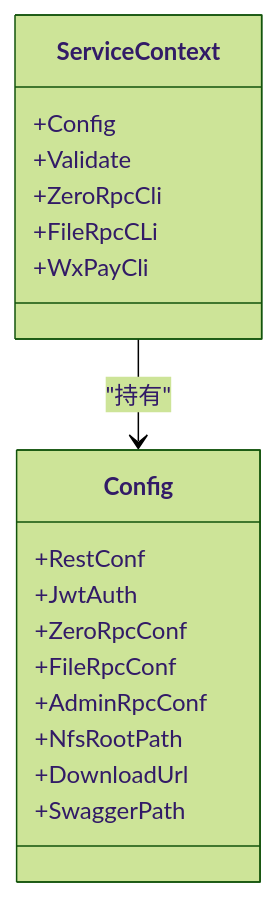
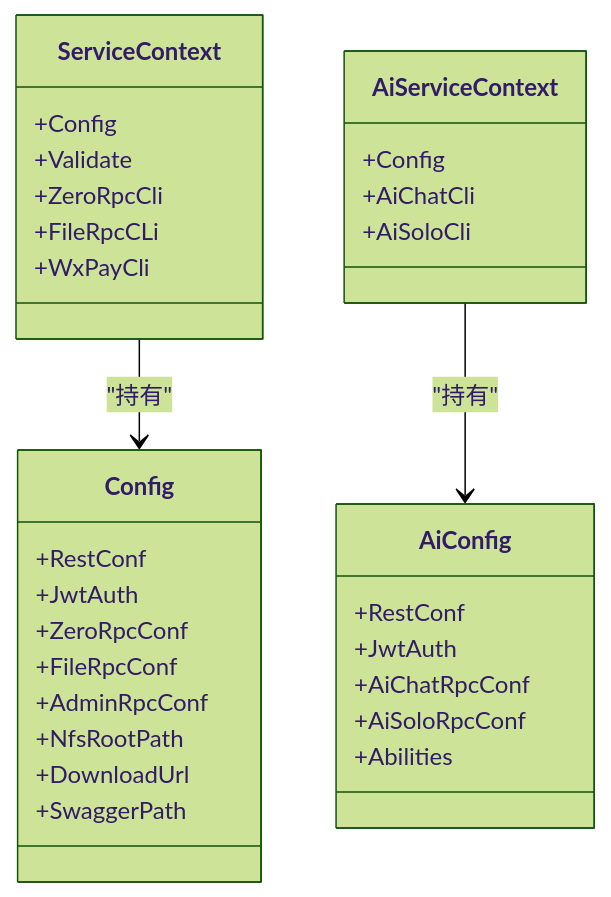
Before and after one commit to maomao94/zero-service: the third of 8 diagrams in .qoder/repowiki/zh/content/网关与接口/BFF网关/BFF网关.md, drawn with Mermaid (forest theme). The commit also changed other lines of this file and 58 other files, not shown here.

````diff
--- a/.qoder/repowiki/zh/content/网关与接口/BFF网关/BFF网关.md
+++ b/.qoder/repowiki/zh/content/网关与接口/BFF网关/BFF网关.md
@@ -163,21 +227,34 @@
 ```mermaid
 classDiagram
 class ServiceContext {
 +Config
 +Validate
 +ZeroRpcCli
 +FileRpcCLi
 +WxPayCli
+}
+class AiServiceContext {
++Config
++AiChatCli
++AiSoloCli
 }
 class Config {
 +RestConf
 +JwtAuth
 +ZeroRpcConf
 +FileRpcConf
 +AdminRpcConf
 +NfsRootPath
 +DownloadUrl
 +SwaggerPath
 }
+class AiConfig {
++RestConf
++JwtAuth
++AiChatRpcConf
++AiSoloRpcConf
++Abilities
+}
 ServiceContext --> Config : "持有"
+AiServiceContext --> AiConfig : "持有"
 ```
````
